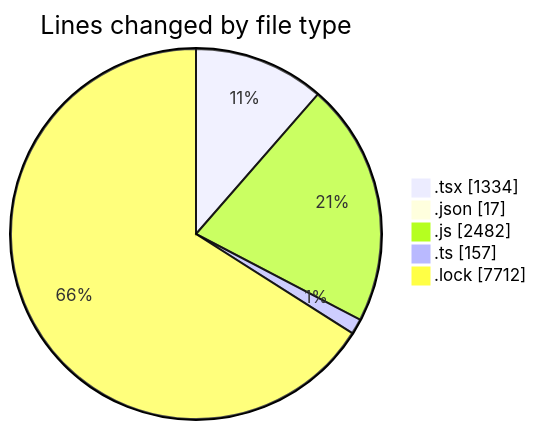
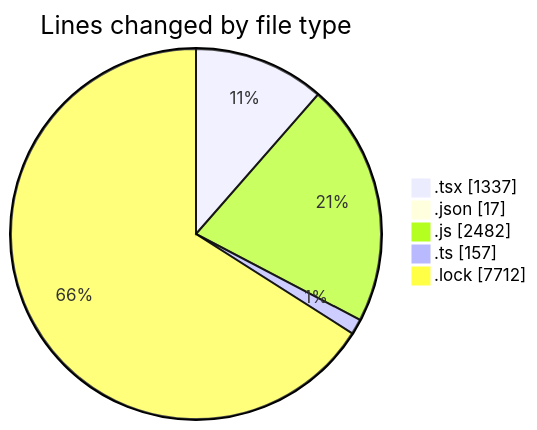
One commit to momahboobian/code-tracking changed the first of 2 diagrams in 2025-04-28/cda/README.md. Above: the diagram before and after it, drawn with Mermaid. The commit also changed other lines of this file and 1 other file, not shown here.

````diff
--- a/2025-04-28/cda/README.md
+++ b/2025-04-28/cda/README.md
@@ -30,9 +30,9 @@
 ```mermaid
 pie showData
 title Lines changed by file type
-".tsx" : 1334
+".tsx" : 1337
 ".json" : 17
 ".js" : 2482
 ".ts" : 157
 ".lock" : 7712
 ```
````
